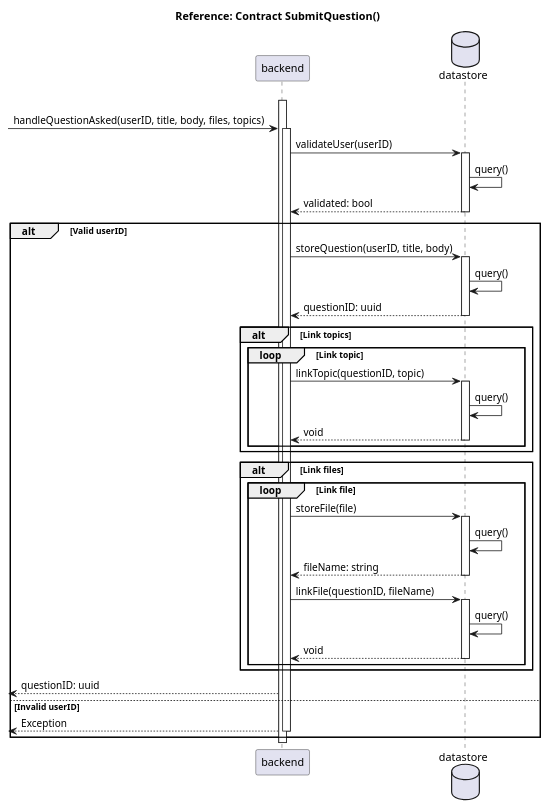
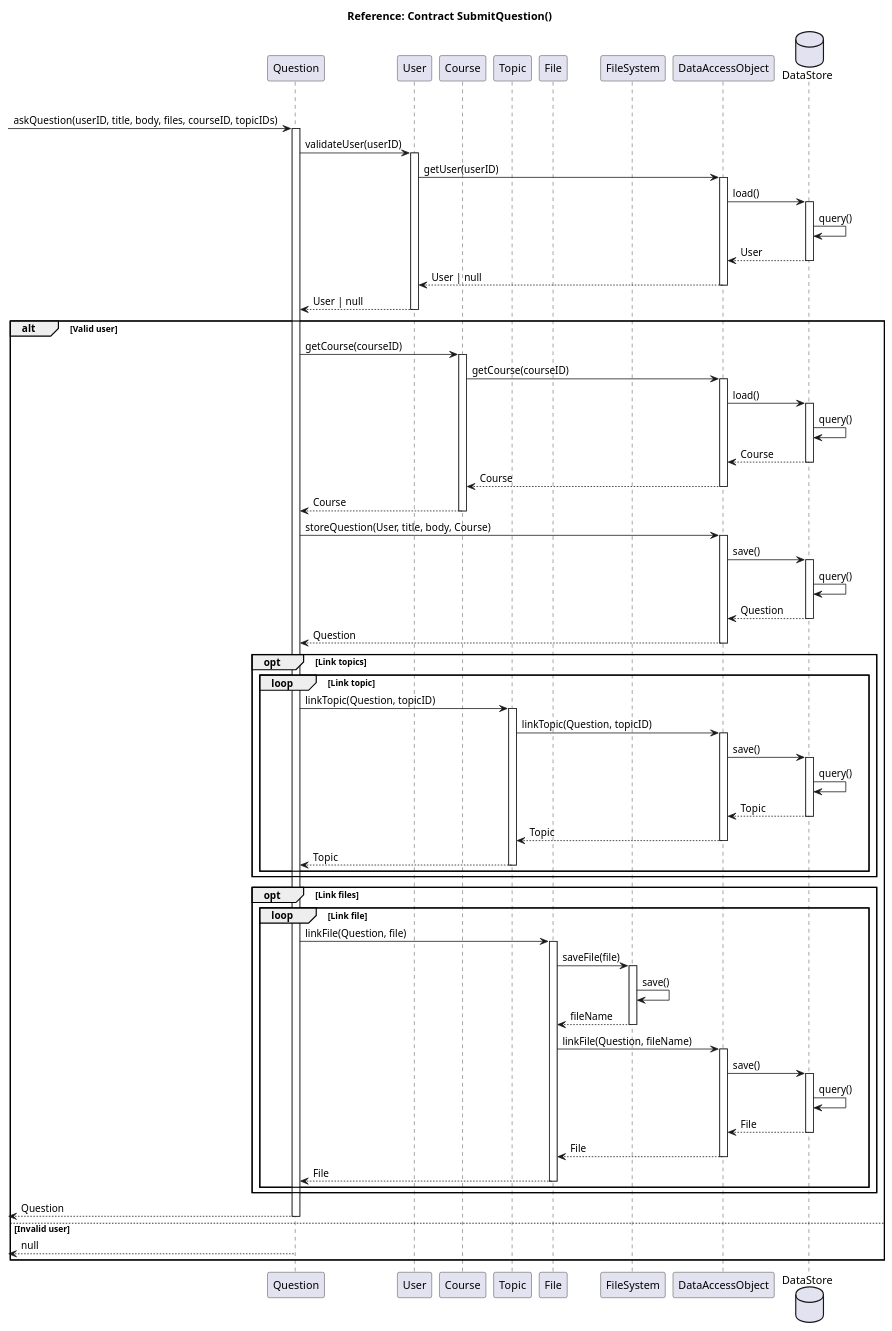
Before and after one commit to Singh-Kiran-P/StuNet: the diagram in Diagrams/Sequence_Diagrams/SD2_Ask_Question.wsd, drawn with PlantUML.

Commit message:
Reworked Sequence diagram ask question

```diff
--- a/Diagrams/Sequence_Diagrams/SD2_Ask_Question.wsd
+++ b/Diagrams/Sequence_Diagrams/SD2_Ask_Question.wsd
@@ -1,55 +1,98 @@
 @startuml Ask Question
-participant backend
-database datastore
-' hide footbox
-' title Footer removed
+participant Question
+participant User
+participant Course
+participant Topic
+participant File
+participant FileSystem
+participant DataAccessObject
+database DataStore
 
-datastore-[hidden]->datastore
+DataAccessObject-[hidden]->DataAccessObject
 
 title Reference: Contract SubmitQuestion()
 
-activate backend
--> backend: handleQuestionAsked(userID, title, body, files, topics)
-activate backend
-backend -> datastore: validateUser(userID)
-activate datastore
-datastore -> datastore: query()
-backend <-- datastore: validated: bool
-deactivate datastore
-alt Valid userID
-    backend -> datastore: storeQuestion(userID, title, body)
-	activate datastore
-	datastore -> datastore: query()
-    backend <-- datastore: questionID: uuid
-	deactivate datastore
-	alt Link topics
+-> Question: askQuestion(userID, title, body, files, courseID, topicIDs)
+activate Question
+Question -> User: validateUser(userID)
+activate User
+User -> DataAccessObject: getUser(userID)
+activate DataAccessObject
+DataAccessObject -> DataStore: load()
+activate DataStore
+DataStore -> DataStore: query()
+DataStore --> DataAccessObject: User
+deactivate DataStore
+User <-- DataAccessObject: User | null
+deactivate DataAccessObject
+Question <-- User: User | null
+deactivate User
+alt Valid user
+	Question -> Course: getCourse(courseID)
+	activate Course
+	Course -> DataAccessObject: getCourse(courseID)
+	activate DataAccessObject
+	DataAccessObject -> DataStore: load()
+	activate DataStore
+	DataStore -> DataStore: query()
+	DataStore --> DataAccessObject: Course
+	deactivate DataStore
+	DataAccessObject --> Course: Course
+	deactivate DataAccessObject
+	Course --> Question: Course
+	deactivate Course
+	Question -> DataAccessObject: storeQuestion(User, title, body, Course)
+	activate DataAccessObject
+	DataAccessObject -> DataStore: save()
+	activate DataStore
+	DataStore -> DataStore: query()
+	DataStore --> DataAccessObject: Question
+	deactivate DataStore
+	DataAccessObject --> Question: Question
+	deactivate DataAccessObject
+	opt Link topics
 		loop Link topic
-			backend -> datastore: linkTopic(questionID, topic)
-	        activate datastore
-			datastore -> datastore: query()
-			backend <-- datastore: void
-	        deactivate datastore
+			Question -> Topic: linkTopic(Question, topicID)
+			activate Topic
+			Topic -> DataAccessObject: linkTopic(Question, topicID)
+			activate DataAccessObject
+			DataAccessObject -> DataStore: save()
+			activate DataStore
+			DataStore -> DataStore: query()
+			DataStore --> DataAccessObject: Topic
+			deactivate DataStore
+			DataAccessObject --> Topic: Topic
+			deactivate DataAccessObject
+			Topic --> Question: Topic
+			deactivate Topic
 		end
 	end
-	alt Link files
+	opt Link files
 		loop Link file
-            backend -> datastore: storeFile(file)
-	        activate datastore
-			datastore -> datastore: query()
-            backend <-- datastore: fileName: string
-	        deactivate datastore
-			backend -> datastore: linkFile(questionID, fileName)
-	        activate datastore
-			datastore -> datastore: query()
-			backend <-- datastore: void
-	        deactivate datastore
+			Question -> File: linkFile(Question, file)
+			activate File
+			File -> FileSystem: saveFile(file)
+			activate FileSystem
+			FileSystem -> FileSystem: save()
+			File <-- FileSystem: fileName
+			deactivate FileSystem
+			File -> DataAccessObject: linkFile(Question, fileName)
+			activate DataAccessObject
+			DataAccessObject -> DataStore: save()
+			activate DataStore
+			DataStore -> DataStore: query()
+			DataStore --> DataAccessObject: File
+			deactivate DataStore
+			DataAccessObject --> File: File
+			deactivate DataAccessObject
+			File --> Question: File
+			deactivate File
 		end
 	end
-    <-- backend: questionID: uuid
-else Invalid userID
-    <-- backend: Exception
-    deactivate backend
+	<-- Question: Question
+	deactivate Question
+else Invalid user
+	<-- Question: null
 end
-deactivate backend
 
 @enduml
```
